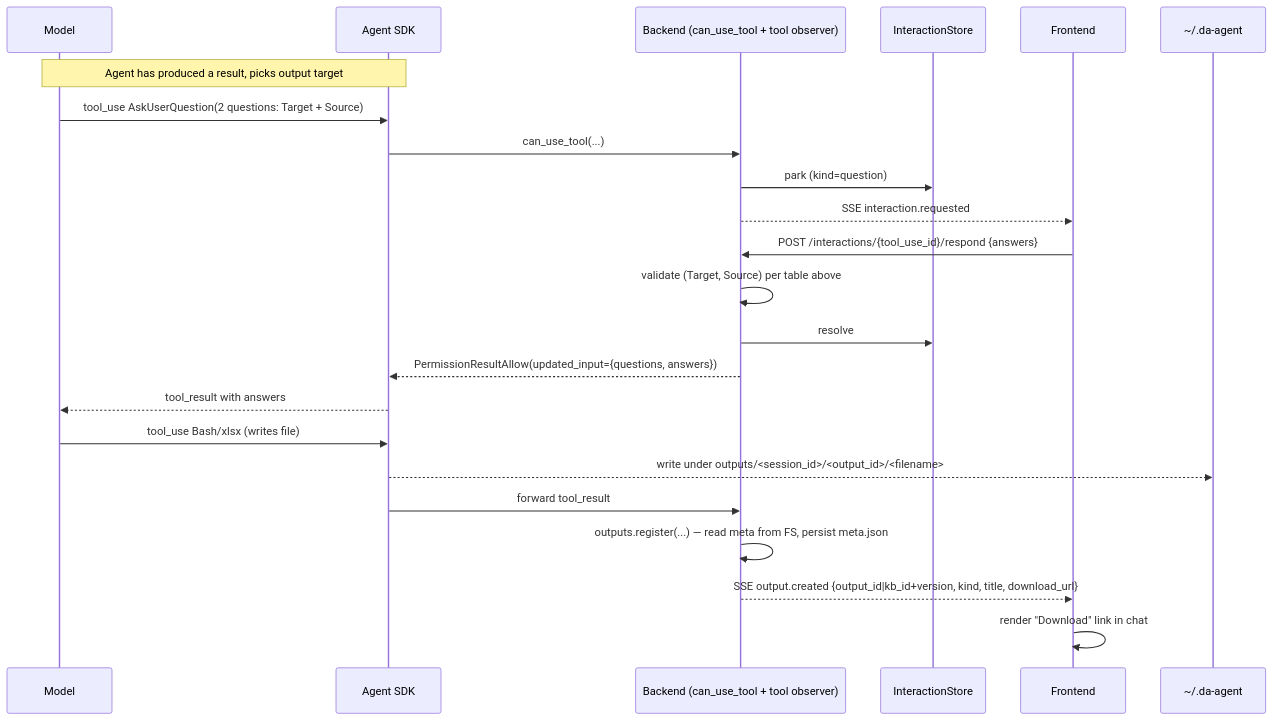
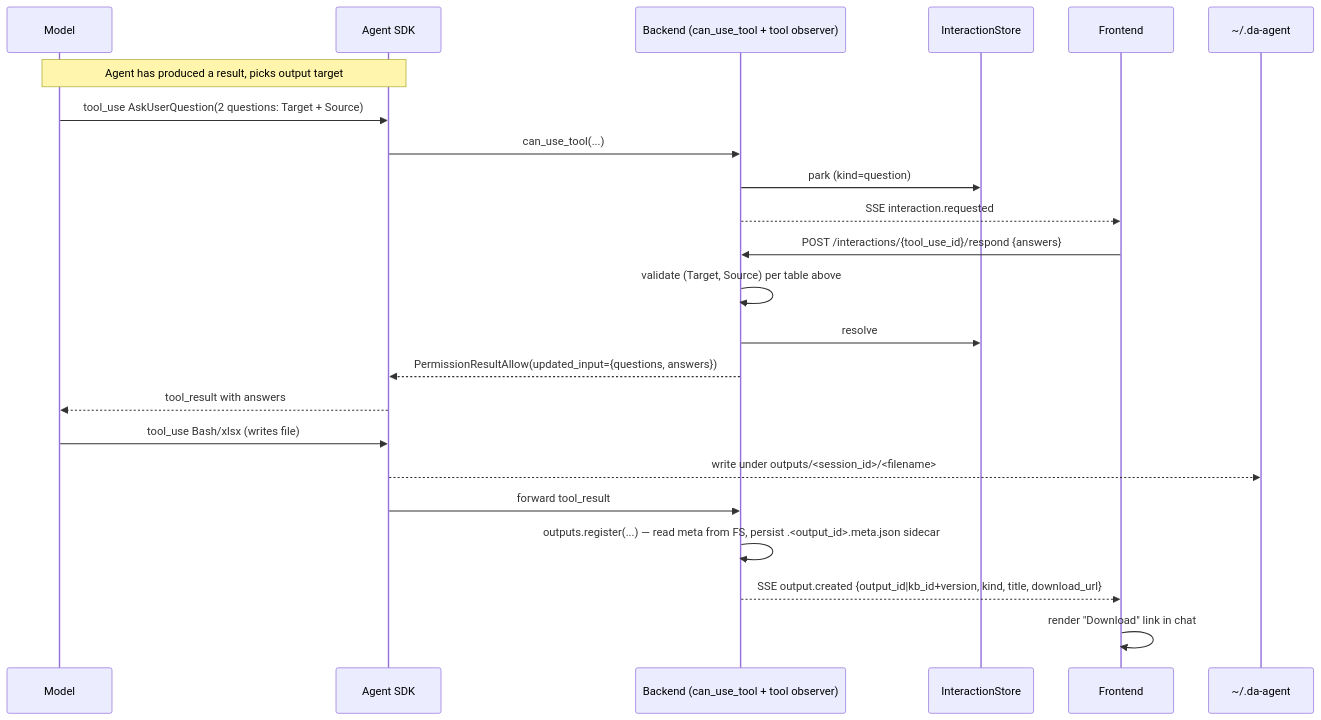
Before and after one commit to PhuongBui712/da-agent-be: the sixth of 11 diagrams in docs/technical-spec.md, drawn with Mermaid. The commit also changed other lines of this file and 2 other files, not shown here.

````diff
--- a/docs/technical-spec.md
+++ b/docs/technical-spec.md
@@ -377,27 +441,27 @@
 ```mermaid
 sequenceDiagram
   participant M as Model
   participant SDK as Agent SDK
   participant BE as Backend (can_use_tool + tool observer)
   participant Store as InteractionStore
   participant FE as Frontend
   participant FS as ~/.da-agent
 
   Note over M,SDK: Agent has produced a result, picks output target
   M->>SDK: tool_use AskUserQuestion(2 questions: Target + Source)
   SDK->>BE: can_use_tool(...)
   BE->>Store: park (kind=question)
   BE-->>FE: SSE interaction.requested
   FE->>BE: POST /interactions/{tool_use_id}/respond {answers}
   BE->>BE: validate (Target, Source) per table above
   BE->>Store: resolve
   BE-->>SDK: PermissionResultAllow(updated_input={questions, answers})
   SDK-->>M: tool_result with answers
 
   M->>SDK: tool_use Bash/xlsx (writes file)
-  SDK-->>FS: write under outputs/<session_id>/<output_id>/<filename>
+  SDK-->>FS: write under outputs/<session_id>/<filename>
   SDK->>BE: forward tool_result
-  BE->>BE: outputs.register(...) — read meta from FS, persist meta.json
+  BE->>BE: outputs.register(...) — read meta from FS, persist .<output_id>.meta.json sidecar
   BE-->>FE: SSE output.created {output_id|kb_id+version, kind, title, download_url}
   FE->>FE: render "Download" link in chat
 ```
````
